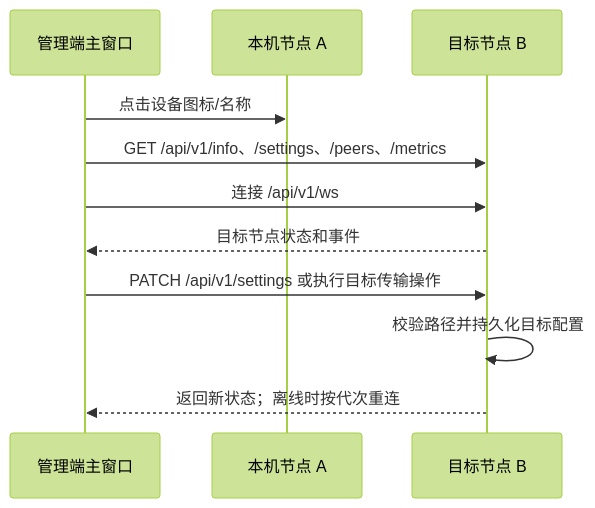
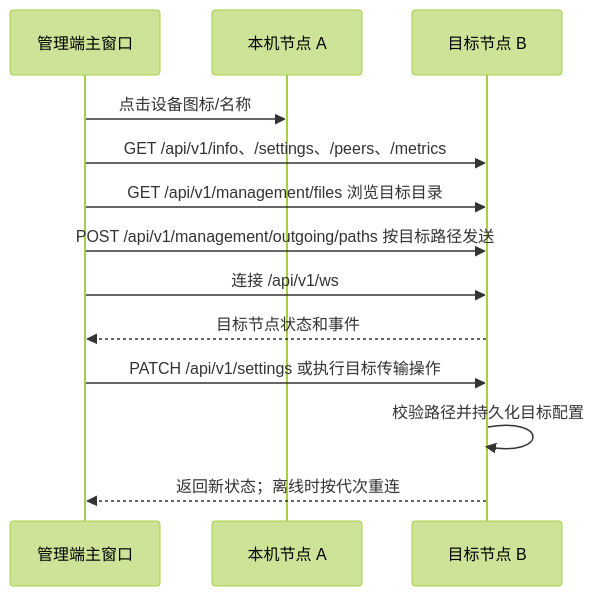
One commit to yangjinming1062/MeshShare changed the second of 6 diagrams in docs/ARCHITECTURE_MAP.md. Above: the diagram before and after it, drawn with Mermaid (forest theme). The commit also changed other lines of this file and 18 other files, not shown here.

````diff
--- a/docs/ARCHITECTURE_MAP.md
+++ b/docs/ARCHITECTURE_MAP.md
@@ -18,13 +18,15 @@
 ```mermaid
 sequenceDiagram
   participant U as 管理端主窗口
   participant A as 本机节点 A
   participant B as 目标节点 B
   U->>A: 点击设备图标/名称
   U->>B: GET /api/v1/info、/settings、/peers、/metrics
+  U->>B: GET /api/v1/management/files 浏览目标目录
+  U->>B: POST /api/v1/management/outgoing/paths 按目标路径发送
   U->>B: 连接 /api/v1/ws
   B-->>U: 目标节点状态和事件
   U->>B: PATCH /api/v1/settings 或执行目标传输操作
   B->>B: 校验路径并持久化目标配置
   B-->>U: 返回新状态；离线时按代次重连
 ```
````
